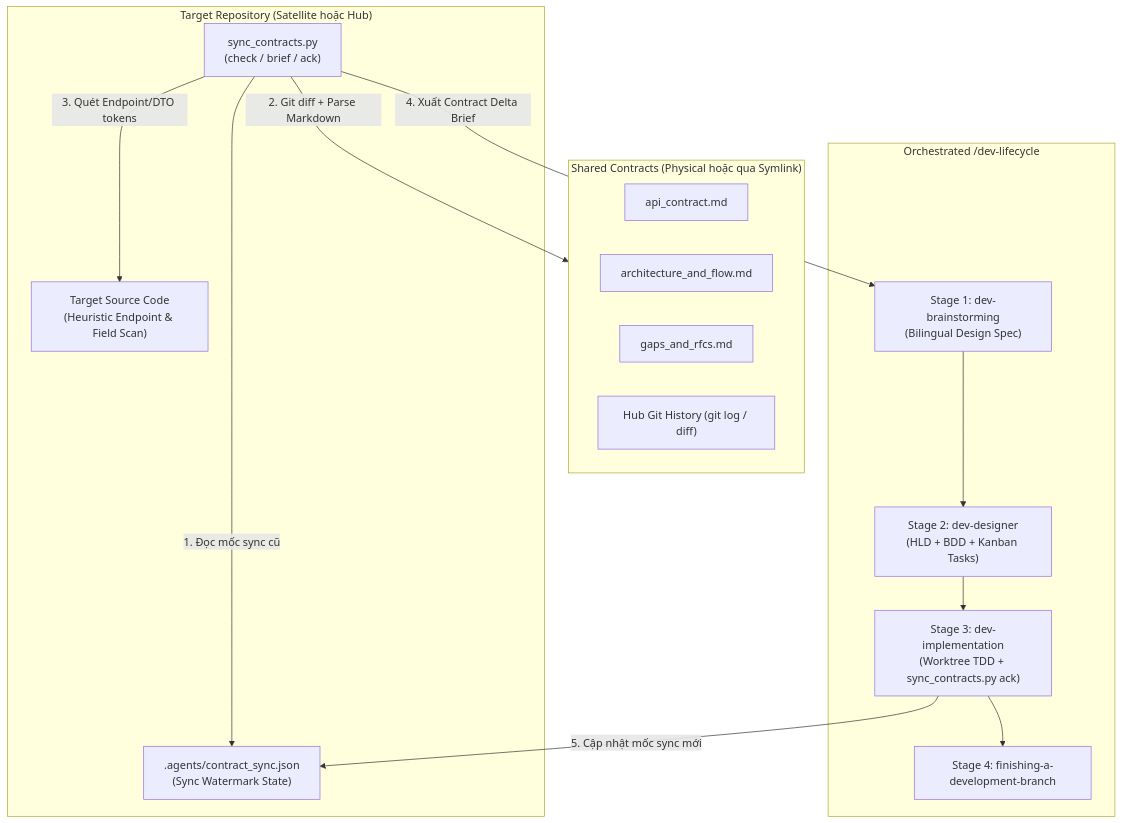
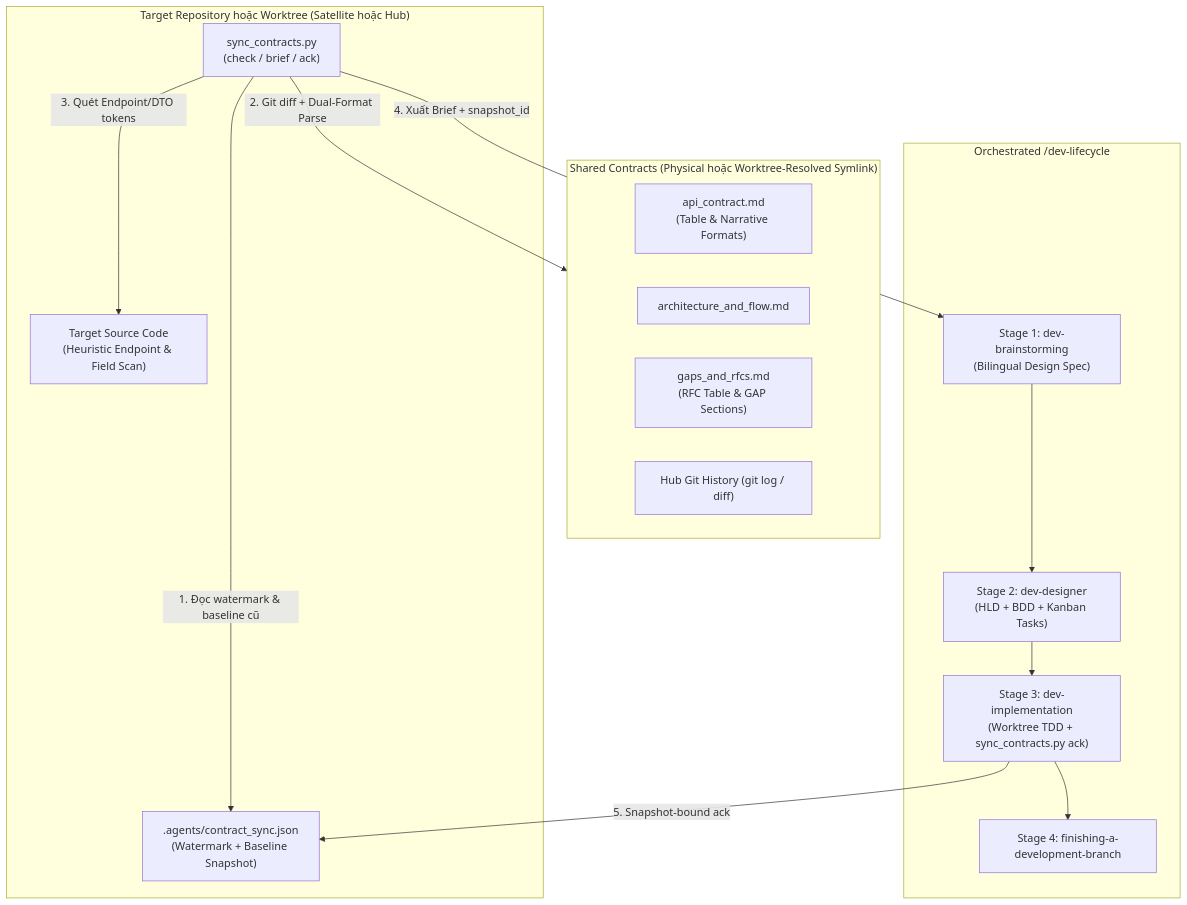
One commit to DanhDue/ai-agent-tools changed the diagram in .devtool/epic/sync_shared_contracts/2026-10-30-sync-shared-contracts-design.vi.md. Above: the diagram before and after it, drawn with Mermaid. The commit also changed other lines of this file and 13 other files, not shown here.

First line of the commit message:
[SYNC_SHARED_CONTRACTS] Revise epic after Principal Review round 1

````diff
--- a/.devtool/epic/sync_shared_contracts/2026-10-30-sync-shared-contracts-design.vi.md
+++ b/.devtool/epic/sync_shared_contracts/2026-10-30-sync-shared-contracts-design.vi.md
@@ -62,29 +63,29 @@
 ```mermaid
 flowchart TD
-    subgraph TARGET ["Target Repository (Satellite hoặc Hub)"]
+    subgraph TARGET ["Target Repository hoặc Worktree (Satellite hoặc Hub)"]
         CLI["sync_contracts.py<br/>(check / brief / ack)"]
-        STATE[".agents/contract_sync.json<br/>(Sync Watermark State)"]
-        SRC["Target Source Code<br/>(Heuristic Endpoint & Field Scan)"]
+        STATE[".agents/contract_sync.json<br/>(Watermark + Baseline Snapshot)"]
+        SCAN["Target Source Code<br/>(Heuristic Endpoint & Field Scan)"]
     end
 
-    subgraph CONTRACT ["Shared Contracts (Physical hoặc qua Symlink)"]
-        API["api_contract.md"]
+    subgraph CONTRACT ["Shared Contracts (Physical hoặc Worktree-Resolved Symlink)"]
+        API["api_contract.md<br/>(Table & Narrative Formats)"]
         ARCH["architecture_and_flow.md"]
-        RFC["gaps_and_rfcs.md"]
+        RFC["gaps_and_rfcs.md<br/>(RFC Table & GAP Sections)"]
         GIT["Hub Git History (git log / diff)"]
     end
 
     subgraph LIFECYCLE ["Orchestrated /dev-lifecycle"]
         S1["Stage 1: dev-brainstorming<br/>(Bilingual Design Spec)"]
         S2["Stage 2: dev-designer<br/>(HLD + BDD + Kanban Tasks)"]
         S3["Stage 3: dev-implementation<br/>(Worktree TDD + sync_contracts.py ack)"]
         S4["Stage 4: finishing-a-development-branch"]
     end
 
-    CLI -->|"1. Đọc mốc sync cũ"| STATE
-    CLI -->|"2. Git diff + Parse Markdown"| CONTRACT
-    CLI -->|"3. Quét Endpoint/DTO tokens"| SRC
-    CLI -->|"4. Xuất Contract Delta Brief"| S1
+    CLI -->|"1. Đọc watermark & baseline cũ"| STATE
+    CLI -->|"2. Git diff + Dual-Format Parse"| CONTRACT
+    CLI -->|"3. Quét Endpoint/DTO tokens"| SCAN
+    CLI -->|"4. Xuất Brief + snapshot_id"| S1
     S1 --> S2 --> S3 --> S4
-    S3 -->|"5. Cập nhật mốc sync mới"| STATE
+    S3 -->|"5. Snapshot-bound ack"| STATE
 ```
````
